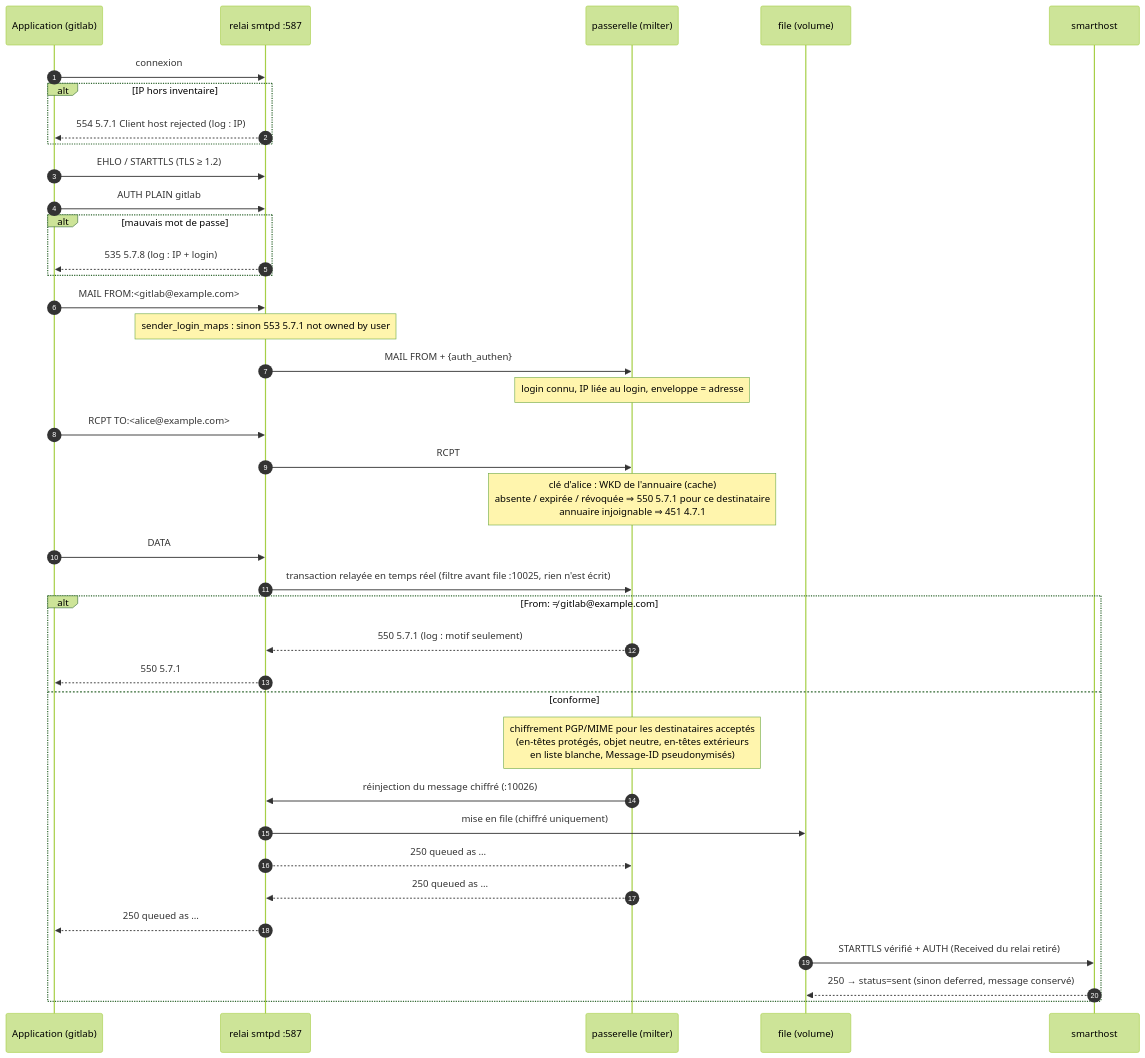
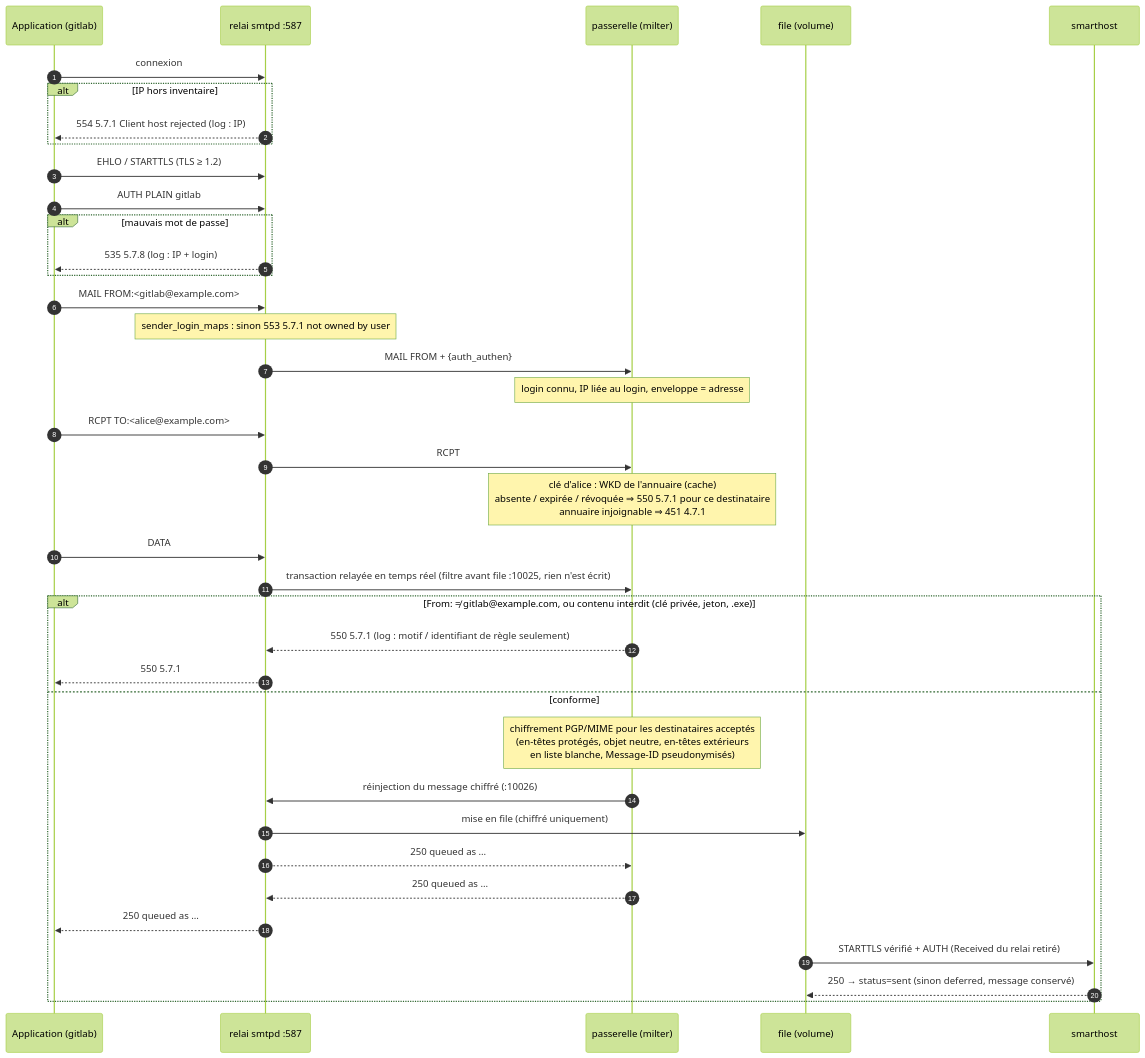
Before and after one commit to kosaar/relai-smtp: the second of 3 diagrams in docs/architecture.md, drawn with Mermaid (forest theme). The commit also changed other lines of this file and 13 other files, not shown here.

````diff
--- a/docs/architecture.md
+++ b/docs/architecture.md
@@ -78,41 +78,41 @@
 ```mermaid
 sequenceDiagram
     autonumber
     participant App as Application (gitlab)
     participant S as relai smtpd :587
     participant G as passerelle (milter)
     participant Q as file (volume)
     participant M as smarthost
 
     App->>S: connexion
     alt IP hors inventaire
         S-->>App: 554 5.7.1 Client host rejected (log : IP)
     end
     App->>S: EHLO / STARTTLS (TLS ≥ 1.2)
     App->>S: AUTH PLAIN gitlab
     alt mauvais mot de passe
         S-->>App: 535 5.7.8 (log : IP + login)
     end
     App->>S: MAIL FROM:<gitlab@example.com>
     Note over S: sender_login_maps : sinon 553 5.7.1 not owned by user
     S->>G: MAIL FROM + {auth_authen}
     Note over G: login connu, IP liée au login, enveloppe = adresse
     App->>S: RCPT TO:<alice@example.com>
     S->>G: RCPT
     Note over G: clé d'alice : WKD de l'annuaire (cache)<br/>absente / expirée / révoquée ⇒ 550 5.7.1 pour ce destinataire<br/>annuaire injoignable ⇒ 451 4.7.1
     App->>S: DATA
     S->>G: transaction relayée en temps réel (filtre avant file :10025, rien n'est écrit)
-    alt From: ≠ gitlab@example.com
-        G-->>S: 550 5.7.1 (log : motif seulement)
+    alt From: ≠ gitlab@example.com, ou contenu interdit (clé privée, jeton, .exe)
+        G-->>S: 550 5.7.1 (log : motif / identifiant de règle seulement)
         S-->>App: 550 5.7.1
     else conforme
         Note over G: chiffrement PGP/MIME pour les destinataires acceptés<br/>(en-têtes protégés, objet neutre, en-têtes extérieurs<br/>en liste blanche, Message-ID pseudonymisés)
         G->>S: réinjection du message chiffré (:10026)
         S->>Q: mise en file (chiffré uniquement)
         S-->>G: 250 queued as …
         G-->>S: 250 queued as …
         S-->>App: 250 queued as …
         Q->>M: STARTTLS vérifié + AUTH (Received du relai retiré)
         M-->>Q: 250 → status=sent (sinon deferred, message conservé)
     end
 ```
````
